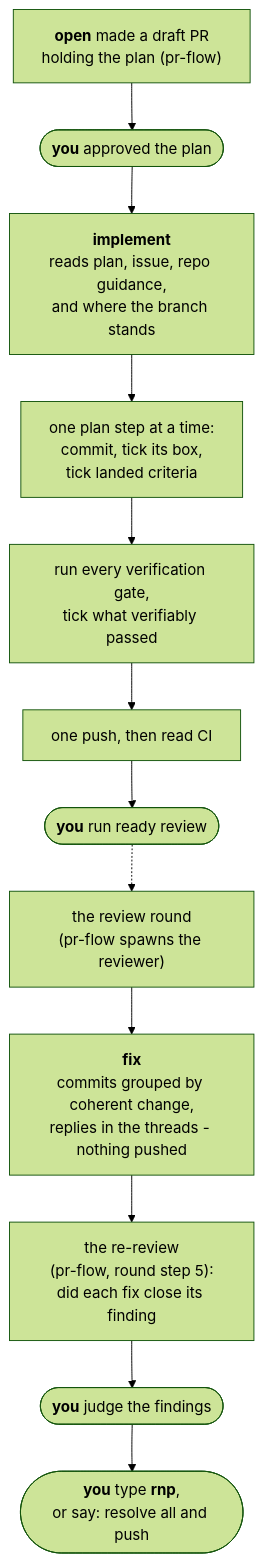
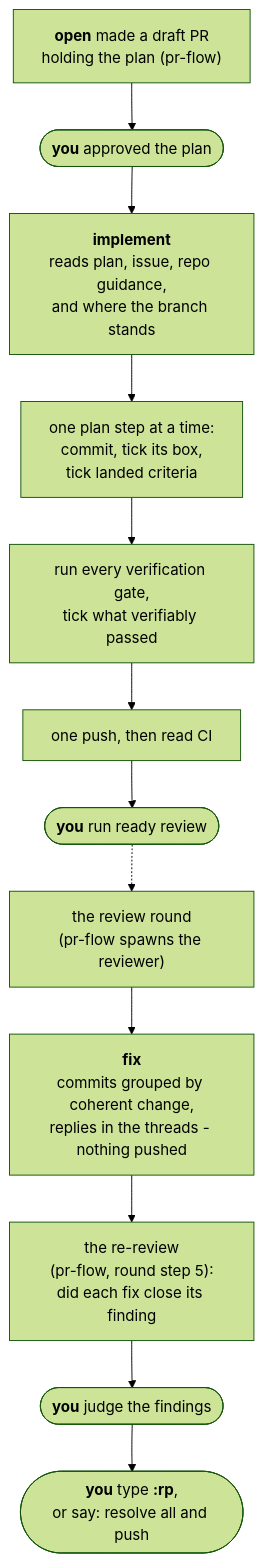
The diagram in plugins/gh-solo/skills/implement/README.md (izkreny/agentifico), drawn with Mermaid (forest theme) before and after one commit. The commit also changed other lines of this file and 15 other files, not shown here.

````diff
--- a/plugins/gh-solo/skills/implement/README.md
+++ b/plugins/gh-solo/skills/implement/README.md
@@ -22,14 +22,14 @@
 ```mermaid
 flowchart TD
     A["<b>open</b> made a draft PR<br/>holding the plan (pr-flow)"] --> STOP(["<b>you</b> approved the plan"])
     STOP --> B["<b>implement</b><br/>reads plan, issue, repo guidance,<br/>and where the branch stands"]
     B --> C["one plan step at a time:<br/>commit, tick its box,<br/>tick landed criteria"]
     C --> D["run every verification gate,<br/>tick what verifiably passed"]
     D --> E["one push, then read CI"]
     E --> F(["<b>you</b> run ready review"])
     F -.-> G["the review round<br/>(pr-flow spawns the reviewer)"]
     G --> I["<b>fix</b><br/>commits grouped by coherent change,<br/>replies in the threads - nothing pushed"]
     I --> RR["the re-review<br/>(pr-flow, round step 5):<br/>did each fix close its finding"]
     RR --> H(["<b>you</b> judge the findings"])
-    H --> J(["<b>you</b> type <b>rnp</b>,<br/>or say: resolve all and push"])
+    H --> J(["<b>you</b> type <b>:rp</b>,<br/>or say: resolve all and push"])
 ```
````
